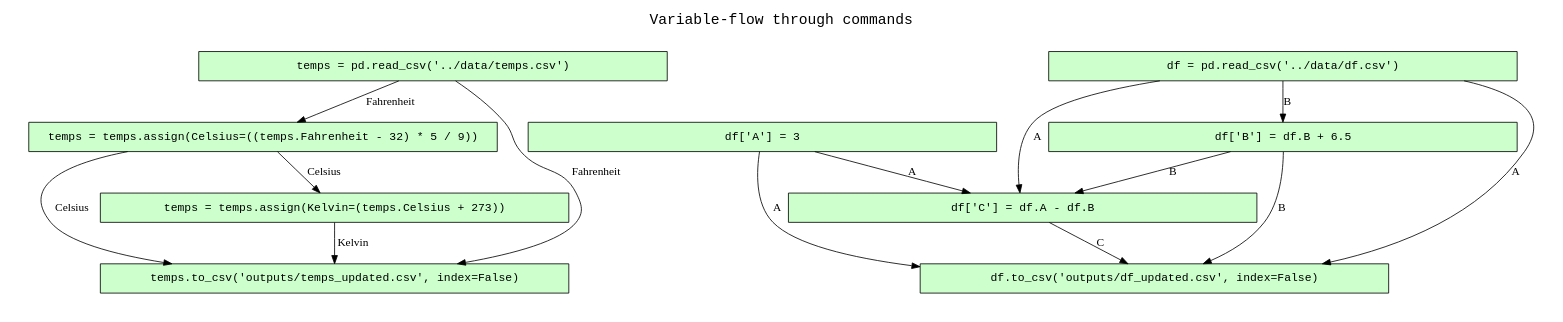
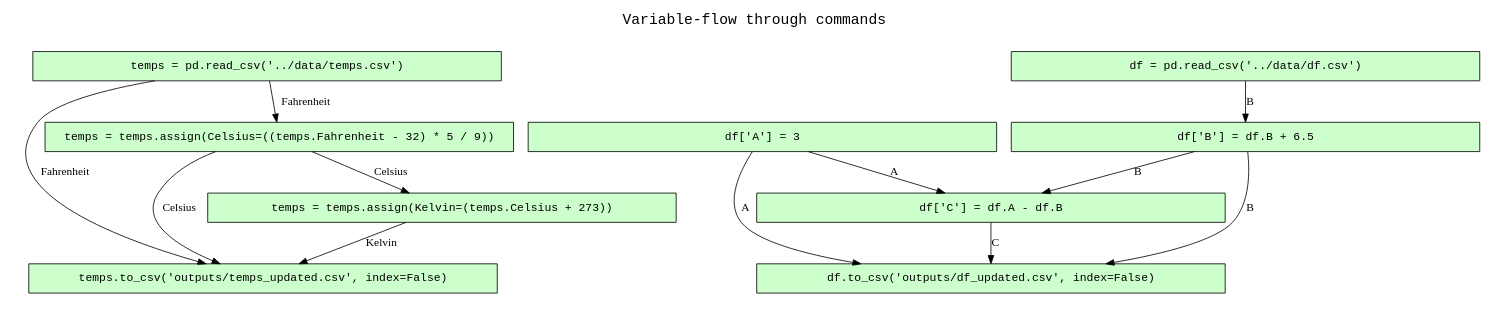
Before and after one commit to CIRSS/geist: the diagram in examples/07-sdtl-provone-inference/04-sdtl-enhanced-queries/outputs/GRAPH-2.gv, drawn with Graphviz. The commit also changed 4 other files, not shown here.

```diff
--- a/examples/07-sdtl-provone-inference/04-sdtl-enhanced-queries/outputs/GRAPH-2.gv
+++ b/examples/07-sdtl-provone-inference/04-sdtl-enhanced-queries/outputs/GRAPH-2.gv
@@ -1,41 +1,39 @@
 digraph sdtl_program {
 rankdir=TB
 
 fontname=Courier; fontsize=18; labelloc=t
 label="Variable-flow through commands"
 
 subgraph cluster_program_graph { label=""; color=white; penwidth=0
 subgraph cluster_program_graph_inner { label=""; color=white
 
 # command nodes
 node[shape=box style="filled" fillcolor="#CCFFCC" peripheries=1 fontname=Courier]
 node[width=8]
 
 "http://wholetale.org/program/1119/load/1" [label="df = pd.read_csv('../data/df.csv')"]
 "http://wholetale.org/program/1119/compute/1" [label="df['A'] = 3"]
 "http://wholetale.org/program/1119/compute/2" [label="df['B'] = df.B + 6.5"]
 "http://wholetale.org/program/1119/compute/3" [label="df['C'] = df.A - df.B"]
 "http://wholetale.org/program/1119/load/2" [label="temps = pd.read_csv('../data/temps.csv')"]
 "http://wholetale.org/program/1119/compute/4" [label="temps = temps.assign(Celsius=((temps.Fahrenheit - 32) * 5 / 9))"]
 "http://wholetale.org/program/1119/compute/5" [label="temps = temps.assign(Kelvin=(temps.Celsius + 273))"]
 "http://wholetale.org/program/1119/save/1" [label="df.to_csv('outputs/df_updated.csv', index=False)"]
 "http://wholetale.org/program/1119/save/2" [label="temps.to_csv('outputs/temps_updated.csv', index=False)"]
 
 # variable write->read edges
 "http://wholetale.org/program/1119/compute/1" -> "http://wholetale.org/program/1119/compute/3" [label="A"]
-"http://wholetale.org/program/1119/load/1" -> "http://wholetale.org/program/1119/compute/3" [label="A"]
 "http://wholetale.org/program/1119/compute/1" -> "http://wholetale.org/program/1119/save/1" [label="A"]
-"http://wholetale.org/program/1119/load/1" -> "http://wholetale.org/program/1119/save/1" [label="A"]
 "http://wholetale.org/program/1119/load/1" -> "http://wholetale.org/program/1119/compute/2" [label="B"]
 "http://wholetale.org/program/1119/compute/2" -> "http://wholetale.org/program/1119/compute/3" [label="B"]
 "http://wholetale.org/program/1119/compute/2" -> "http://wholetale.org/program/1119/save/1" [label="B"]
 "http://wholetale.org/program/1119/compute/3" -> "http://wholetale.org/program/1119/save/1" [label="C"]
 "http://wholetale.org/program/1119/compute/4" -> "http://wholetale.org/program/1119/compute/5" [label="Celsius"]
 "http://wholetale.org/program/1119/compute/4" -> "http://wholetale.org/program/1119/save/2" [label="Celsius"]
 "http://wholetale.org/program/1119/load/2" -> "http://wholetale.org/program/1119/compute/4" [label="Fahrenheit"]
 "http://wholetale.org/program/1119/load/2" -> "http://wholetale.org/program/1119/save/2" [label="Fahrenheit"]
 "http://wholetale.org/program/1119/compute/5" -> "http://wholetale.org/program/1119/save/2" [label="Kelvin"]
 
 }}
 
 }
```
